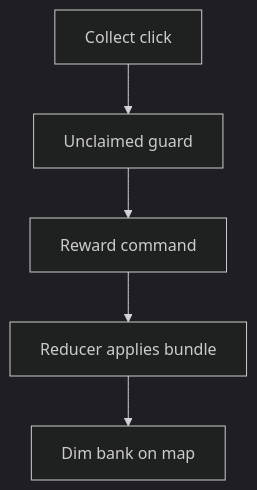
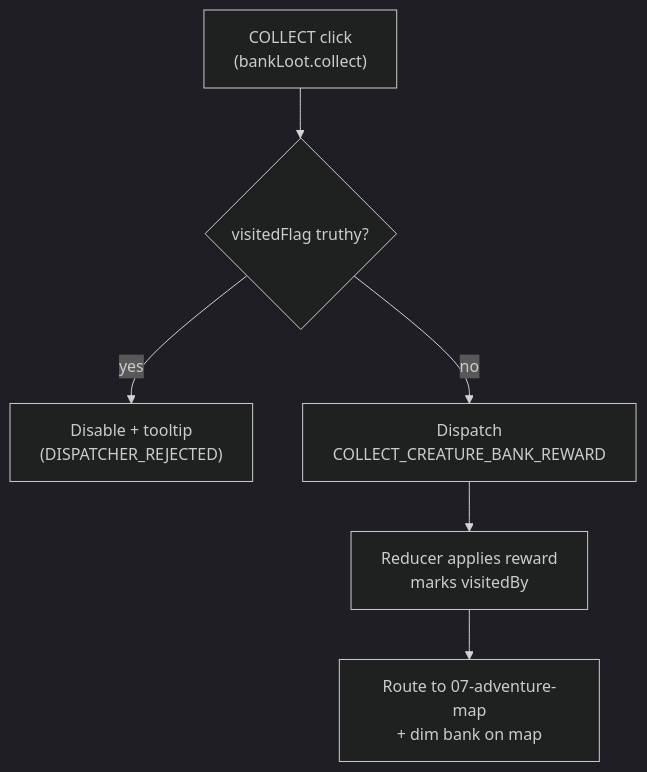
The third of 5 diagrams in docs/architecture/wiki/screens/12-creature-bank-loot/architecture.md (SunaNoOshiro/Heroes_Reforged_AI_Realms), drawn with Mermaid (dark theme) before and after one commit. The commit also changed other lines of this file and 518 other files, not shown here.

First line of the commit message:
Add doc-audit skill and sweep architecture/screen docs

````diff
--- a/docs/architecture/wiki/screens/12-creature-bank-loot/architecture.md
+++ b/docs/architecture/wiki/screens/12-creature-bank-loot/architecture.md
@@ -40,8 +38,9 @@
 ```mermaid
 flowchart TD
-  I0["Collect click"] --> I1
-  I1["Unclaimed guard"] --> I2
-  I2["Reward command"] --> I3
-  I3["Reducer applies bundle"] --> I4
-  I4["Dim bank on map"]
+  I0["COLLECT click<br/>(bankLoot.collect)"] --> I1
+  I1{"visitedFlag truthy?"}
+  I1 -->|yes| IX["Disable + tooltip<br/>(DISPATCHER_REJECTED)"]
+  I1 -->|no| I2["Dispatch<br/>COLLECT_CREATURE_BANK_REWARD"]
+  I2 --> I3["Reducer applies reward<br/>marks visitedBy"]
+  I3 --> I4["Route to 07-adventure-map<br/>+ dim bank on map"]
 ```
````
